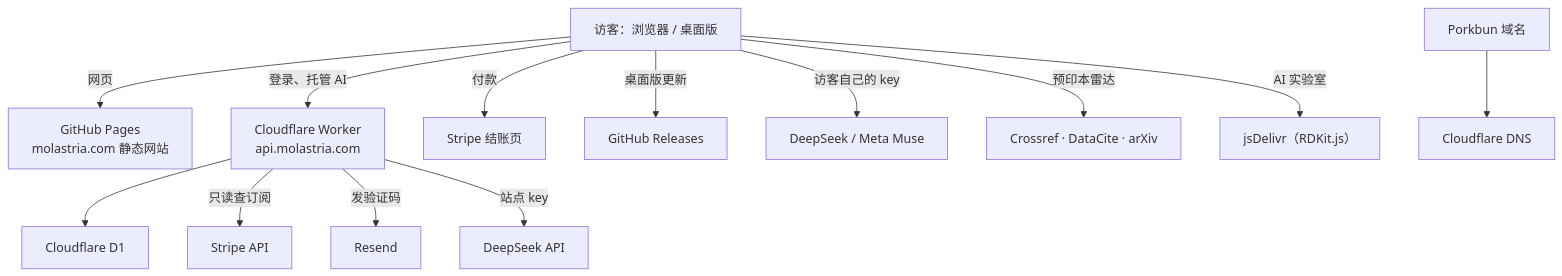
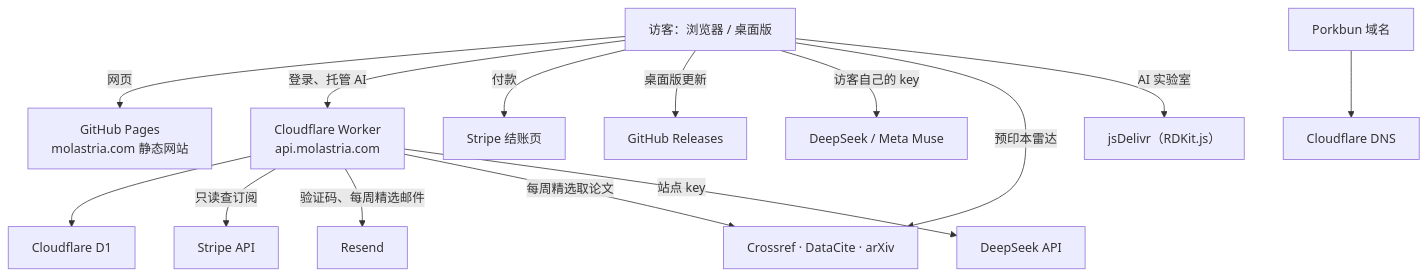
Before and after one commit to FelixJiashengFu/chem-research-molastria: the first of 2 diagrams in docs/ARCHITECTURE.md, drawn with Mermaid. The commit also changed other lines of this file and 31 other files, not shown here.

````diff
--- a/docs/ARCHITECTURE.md
+++ b/docs/ARCHITECTURE.md
@@ -5,16 +5,17 @@
 ```mermaid
 flowchart TB
   V["访客：浏览器 / 桌面版"]
   V -->|网页| P["GitHub Pages<br>molastria.com 静态网站"]
   V -->|登录、托管 AI| W["Cloudflare Worker<br>api.molastria.com"]
   V -->|付款| SC["Stripe 结账页"]
   V -->|桌面版更新| R["GitHub Releases"]
   V -->|访客自己的 key| AI["DeepSeek / Meta Muse"]
   V -->|预印本雷达| CR["Crossref · DataCite · arXiv"]
   V -->|AI 实验室| JS["jsDelivr（RDKit.js）"]
   W --> D1["Cloudflare D1"]
   W -->|只读查订阅| SA["Stripe API"]
-  W -->|发验证码| RS["Resend"]
+  W -->|验证码、每周精选邮件| RS["Resend"]
+  W -->|每周精选取论文| CR
   W -->|站点 key| DS["DeepSeek API"]
   PB["Porkbun 域名"] --> DNS["Cloudflare DNS"]
 ```
````
